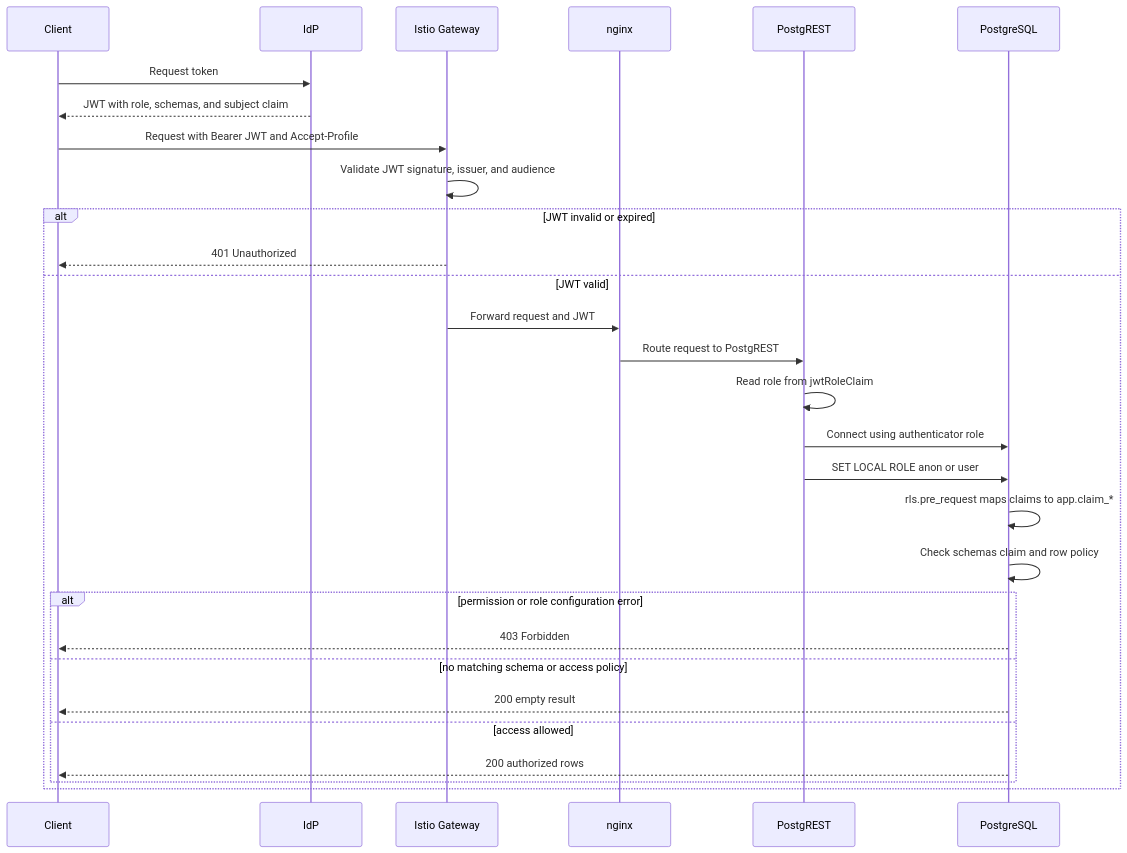
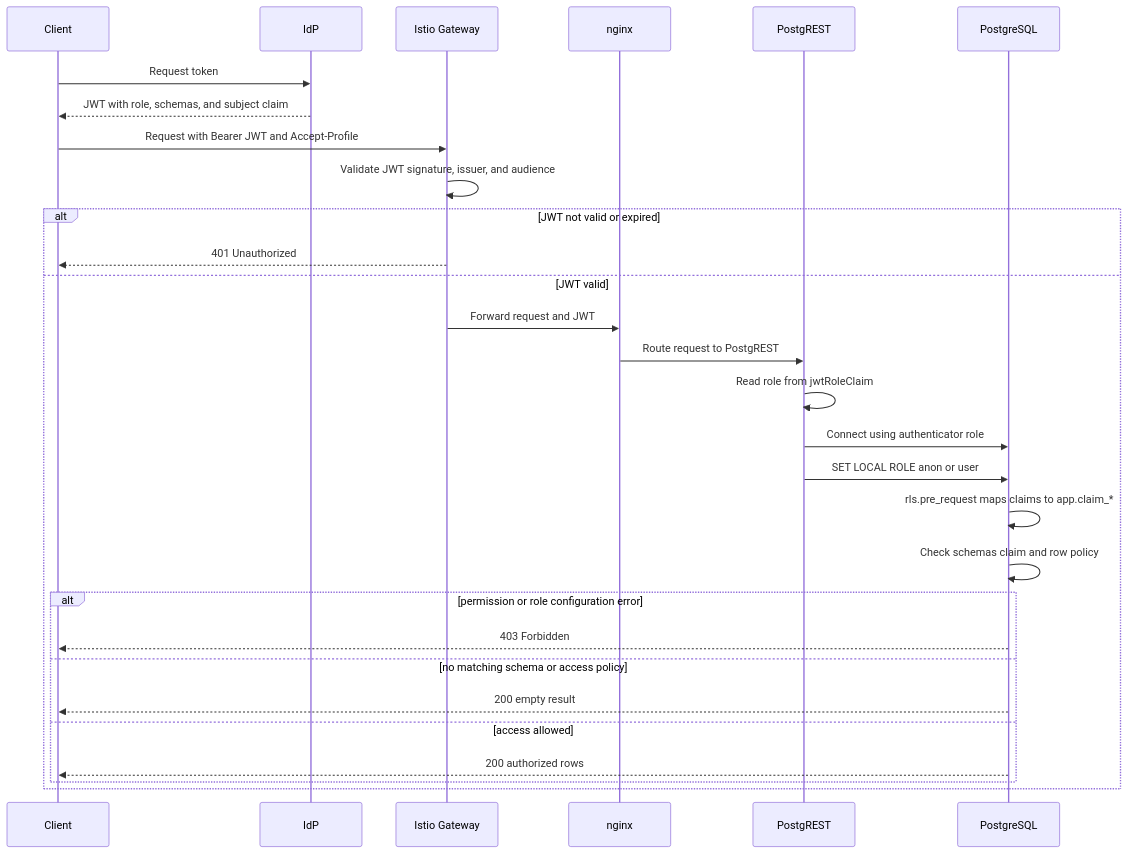
One commit to prefeitura-rio/data-proxy changed the first of 2 diagrams in docs/security.md. Above: the diagram before and after it, drawn with Mermaid. The commit also changed other lines of this file and 13 other files, not shown here.

````diff
--- a/docs/security.md
+++ b/docs/security.md
@@ -51,32 +51,32 @@
 ```mermaid
 sequenceDiagram
     participant C as Client
     participant I as IdP
     participant G as Istio Gateway
     participant N as nginx
     participant P as PostgREST
     participant DB as PostgreSQL
 
     C->>I: Request token
     I-->>C: JWT with role, schemas, and subject claim
     C->>G: Request with Bearer JWT and Accept-Profile
     G->>G: Validate JWT signature, issuer, and audience
-    alt JWT invalid or expired
+    alt JWT not valid or expired
         G-->>C: 401 Unauthorized
     else JWT valid
         G->>N: Forward request and JWT
         N->>P: Route request to PostgREST
         P->>P: Read role from jwtRoleClaim
         P->>DB: Connect using authenticator role
         P->>DB: SET LOCAL ROLE anon or user
         DB->>DB: rls.pre_request maps claims to app.claim_*
         DB->>DB: Check schemas claim and row policy
         alt permission or role configuration error
             DB-->>C: 403 Forbidden
         else no matching schema or access policy
             DB-->>C: 200 empty result
         else access allowed
             DB-->>C: 200 authorized rows
         end
     end
 ```
````
